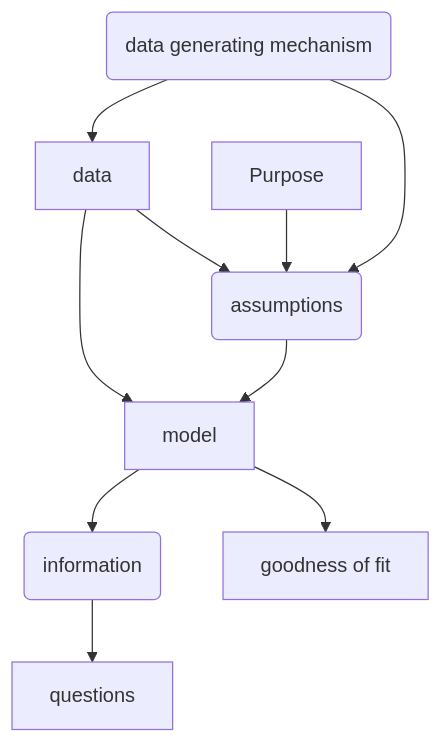
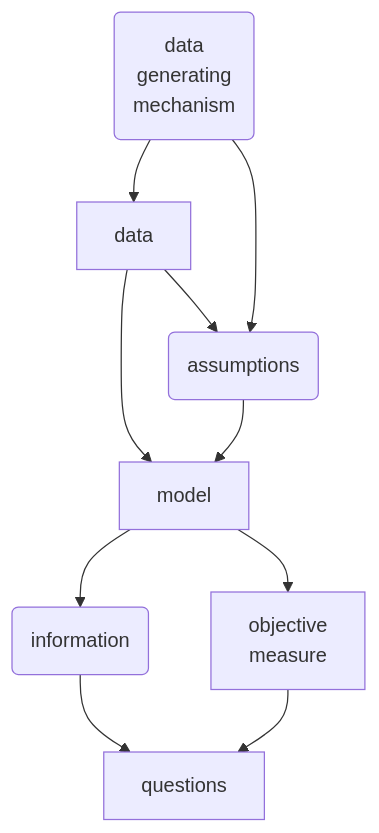
One commit to mstasinopoulos/GrossaryForDR changed diagram 15 of 19 in Glossary of distributional regression.qmd. Above: the diagram before and after it, drawn with Mermaid. The commit also changed other lines of this file, not shown here.

````diff
--- a/Glossary of distributional regression.qmd
+++ b/Glossary of distributional regression.qmd
@@ -2298,15 +2496,15 @@
 ```{mermaid}
 %%| fig-width: 2
 %%| label: fig-mod_3
 %%| fig-cap: "A model need realistic assumptions to capture both the natural variable and ther interrealtioships in the model."
 flowchart TB
-  G(data generating mechanism)  --> D[data]
+  G(data <br/>  generating <br/>   mechanism)  --> D[data]
   D --> M[model] 
   A(assumptions) --> M
   G --> A
   M --> I(information)
-  M --> Y[goodness of fit]
   D --> A
-  P[Purpose] --> A
+  M --> Y[objective <br \> measure]
   I --> Q[questions]
+  Y --> Q
 ```
````
